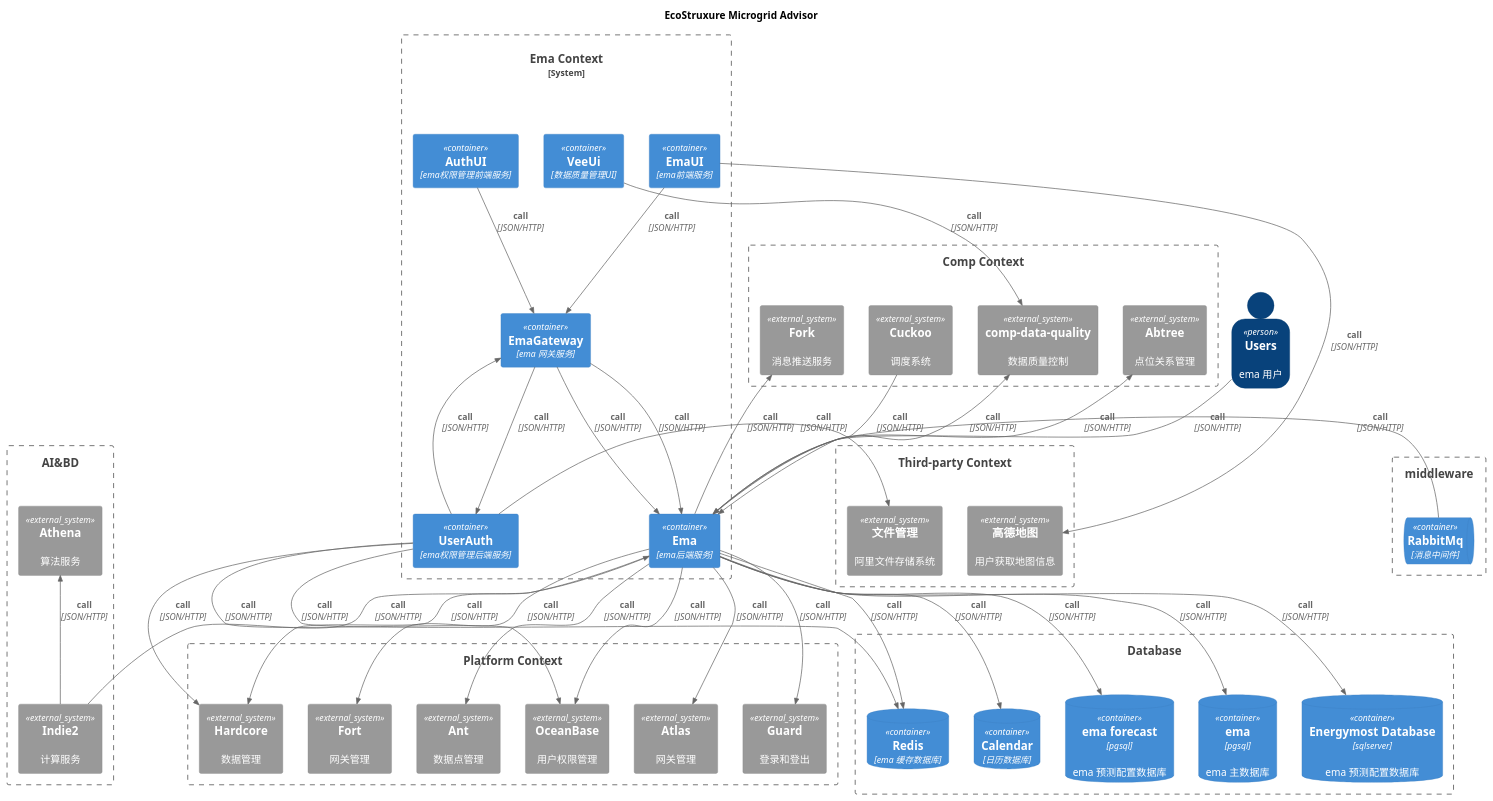
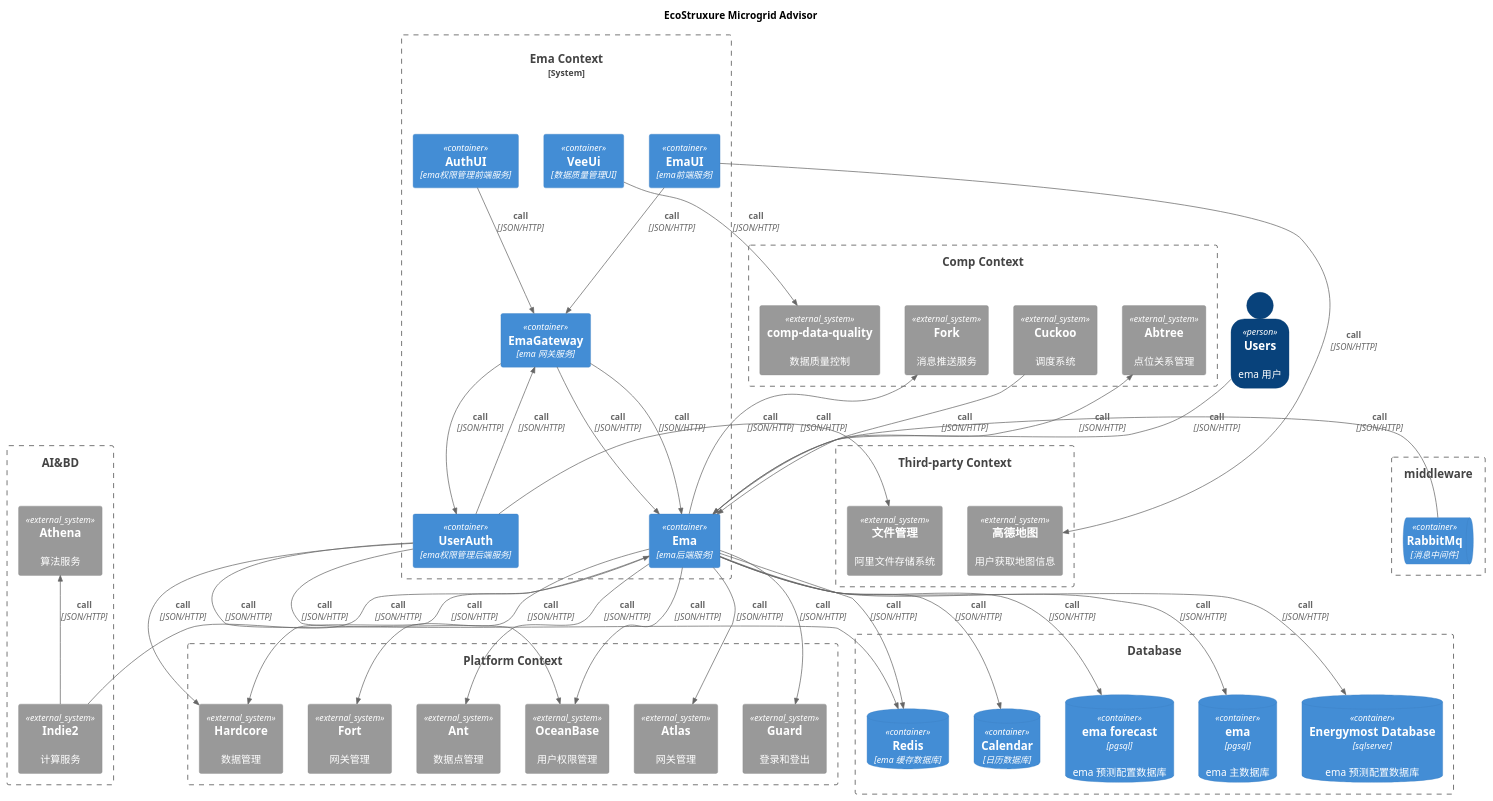
One commit to 0shuibo/C4-UML changed the diagram in c4-ema/ema_container.puml. Above: the diagram before and after it, drawn with PlantUML. The commit also changed 2 other files, not shown here.

Commit message:
提交C4图

```diff
--- a/c4-ema/ema_container.puml
+++ b/c4-ema/ema_container.puml
@@ -1,104 +1,103 @@
 @startuml energy_hub_container
 !include ../C4_Container.puml
 
 LAYOUT_TOP_DOWN()
 SHOW_PERSON_OUTLINE()
 
 title EcoStruxure Microgrid Advisor
 
 Person(customer, Users, "ema 用户")
 
 System_Boundary(emaSystem, "Ema Context") {
     Container(emaUI, "EmaUI", "ema前端服务")
     Container(ema, "Ema", "ema后端服务")
     Container(AuthUI, "AuthUI", "ema权限管理前端服务")
     Container(userAuth, "UserAuth", "ema权限管理后端服务")
     Container(veeUi, "VeeUi", "数据质量管理UI")
     Container(emaGateway, "EmaGateway", "ema 网关服务")
 
     Rel_D(emaUI,emaGateway,"call", "JSON/HTTP")
     Rel_D(emaGateway,ema,"call", "JSON/HTTP")
     Rel_D(AuthUI,emaGateway,"call", "JSON/HTTP")
     Rel_D(emaGateway,userAuth,"call", "JSON/HTTP")
     Rel_L(userAuth,emaGateway,"call", "JSON/HTTP")
     Rel_D(emaGateway,ema,"call", "JSON/HTTP")
 }
 
 
 Boundary(platformSystem, "Platform Context") {
     System_Ext(atlas, "Atlas", "网关管理")
     System_Ext(guard, "Guard", "登录和登出")
     System_Ext(oceanBase, "OceanBase", "用户权限管理")
     System_Ext(fort, "Fort", "网关管理")
     System_Ext(ant, "Ant", "数据点管理")
     System_Ext(hardcore, "Hardcore", "数据管理")
 
     Rel_D(ema,atlas,"call", "JSON/HTTP")
     Rel_D(ema,guard,"call", "JSON/HTTP")
     Rel_D(ema,oceanBase,"call", "JSON/HTTP")
     Rel_D(ema,fort,"call", "JSON/HTTP")
     Rel_D(ema,ant,"call", "JSON/HTTP")
     Rel_D(ema,hardcore,"call", "JSON/HTTP")
 }
 
 Boundary(compSystem, "Comp Context") {
     System_Ext(fork, "Fork", "消息推送服务")
     System_Ext(abtree, "Abtree", "点位关系管理")
     System_Ext(cuckoo, "Cuckoo", "调度系统")
     System_Ext(vee, "comp-data-quality", "数据质量控制")
 
     Rel_U(ema,fork,"call", "JSON/HTTP")
     Rel_U(ema,abtree,"call", "JSON/HTTP")
     Rel_U(cuckoo,ema,"call", "JSON/HTTP")
-    Rel_U(ema,vee,"call", "JSON/HTTP")
+    ' Rel_U(ema,vee,"call", "JSON/HTTP")
 }
 
 
 Boundary(AI&BD, "AI&BD") {
     System_Ext(athena, "Athena", "算法服务")
     System_Ext(indie2, "Indie2", "计算服务")
 
     Rel_U(indie2,ema,"call", "JSON/HTTP")
     Rel_U(indie2,athena,"call", "JSON/HTTP")
 }
 
 Boundary(middleware, "middleware") {
     ContainerQueue(rabbitMq, "RabbitMq", "消息中间件")
     Rel_L(rabbitMq,ema,"call", "JSON/HTTP")
-
 }
 
 
 Boundary(thirdPartySystem, "Third-party Context") {
     System_Ext(gis, "高德地图", "用户获取地图信息")
     System_Ext(oss, "文件管理", "阿里文件存储系统")
     Rel_R(emaUI,gis,"call", "JSON/HTTP")
     Rel_R(userAuth,oss,"call", "JSON/HTTP")
 }
 
 Boundary(emaDatabase, "Database") {
     ContainerDb(emaForecast, "ema forecast", "pgsql", "ema 预测配置数据库")
     ContainerDb(emaDb, "ema", "pgsql", "ema 主数据库")
     ContainerDb(energymostDb, "Energymost Database", "sqlserver", "ema 预测配置数据库")
     ContainerDb(calendar, "Calendar", "日历数据库")
     ContainerDb(redis, "Redis", "ema 缓存数据库")
     Rel_D(ema,redis,"call", "JSON/HTTP")
     Rel_D(userAuth,redis,"call", "JSON/HTTP")
     Rel_D(ema,emaDb,"call", "JSON/HTTP")
     Rel_D(ema,calendar,"call", "JSON/HTTP")
     Rel_D(ema,emaForecast,"call", "JSON/HTTP")
     Rel_D(ema,energymostDb,"call", "JSON/HTTP")
 
 }
 
 
 Rel_D(customer,ema,"call", "JSON/HTTP")
 
 
 Rel_D(userAuth,oceanBase,"call", "JSON/HTTP")
 Rel_D(userAuth,hardcore,"call", "JSON/HTTP")
 Rel_D(veeUi,vee,"call", "JSON/HTTP")
 
 
 
 @enduml
```
